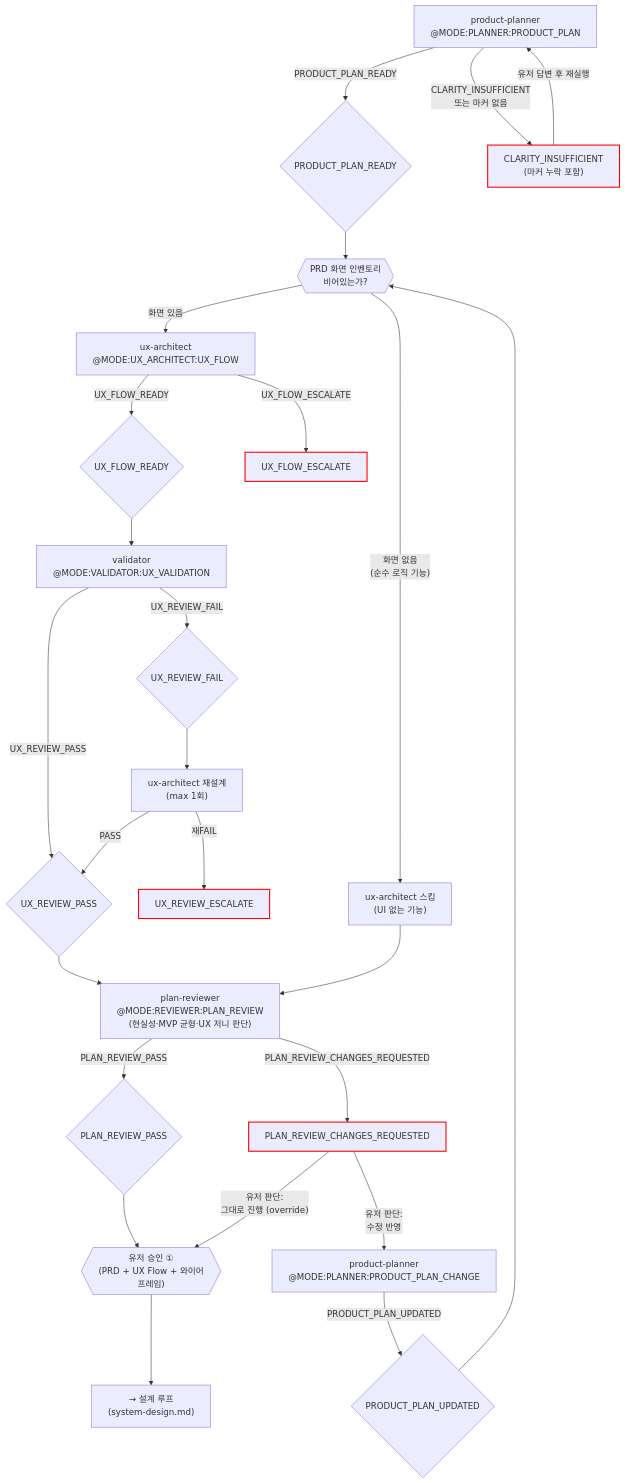
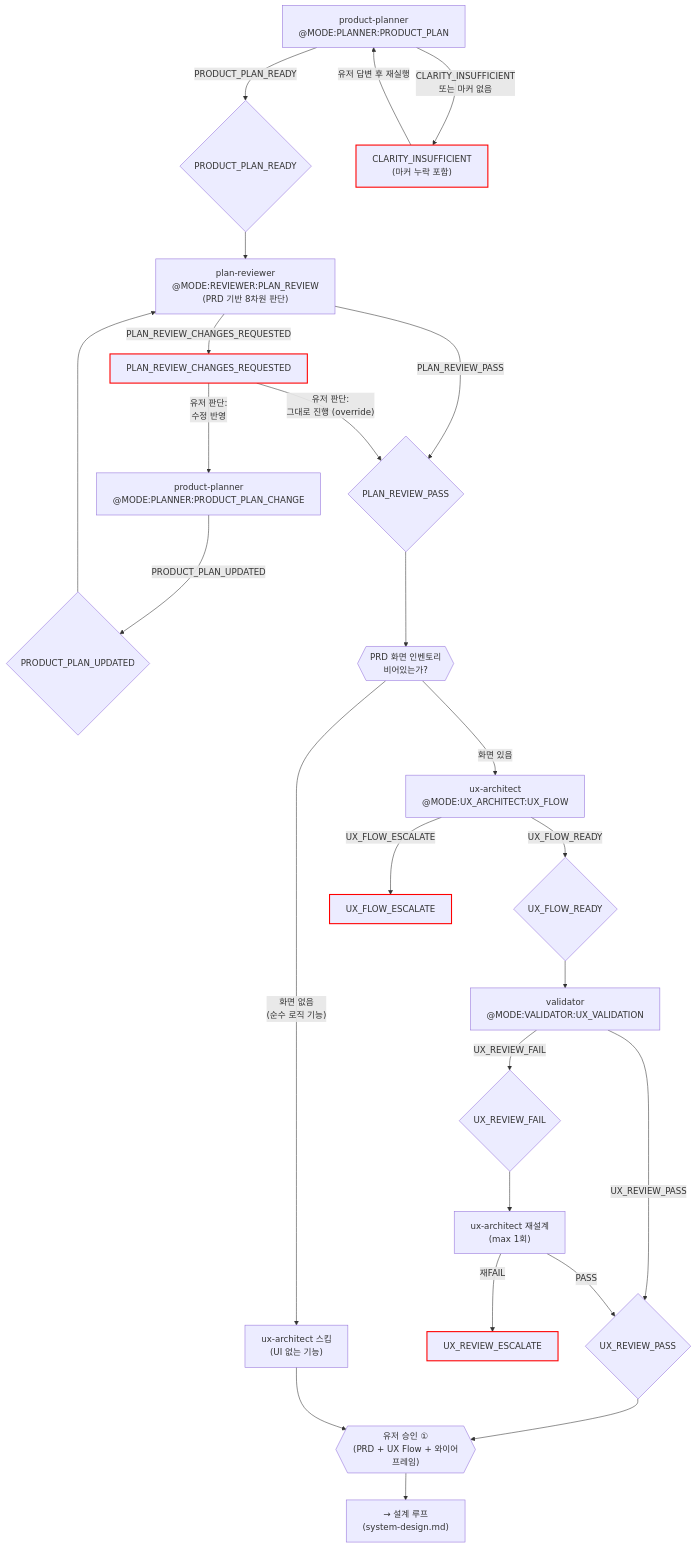
Before and after one commit to alruminum/ClaudeCodeAgentPrompt: the diagram in orchestration/plan.md, drawn with Mermaid. The commit also changed other lines of this file and 6 other files, not shown here.

First line of the commit message:
refactor(plan): plan-reviewer를 ux-architect 뒤 → 앞으로 이동

````diff
--- a/orchestration/plan.md
+++ b/orchestration/plan.md
@@ -10,66 +10,66 @@
 ```mermaid
 flowchart TD
     PP_NEW["product-planner\n@MODE:PLANNER:PRODUCT_PLAN"]
     PP_CHG["product-planner\n@MODE:PLANNER:PRODUCT_PLAN_CHANGE"]
 
     PPR{"PRODUCT_PLAN_READY"}
     PPU{"PRODUCT_PLAN_UPDATED"}
     CI["CLARITY_INSUFFICIENT\n(마커 누락 포함)"]:::escalation
 
     UI_CHECK{{"PRD 화면 인벤토리\n비어있는가?"}}
 
     UXA["ux-architect\n@MODE:UX_ARCHITECT:UX_FLOW"]
     UFR{"UX_FLOW_READY"}
     UFE["UX_FLOW_ESCALATE"]:::escalation
 
     VAL_UX["validator\n@MODE:VALIDATOR:UX_VALIDATION"]
     URP{"UX_REVIEW_PASS"}
     URF{"UX_REVIEW_FAIL"}
     UXA_REDO["ux-architect 재설계\n(max 1회)"]
     URE["UX_REVIEW_ESCALATE"]:::escalation
 
-    PREV["plan-reviewer\n@MODE:REVIEWER:PLAN_REVIEW\n(현실성·MVP 균형·UX 저니 판단)"]
+    PREV["plan-reviewer\n@MODE:REVIEWER:PLAN_REVIEW\n(PRD 기반 8차원 판단)"]
     PRP{"PLAN_REVIEW_PASS"}
     PRCR["PLAN_REVIEW_CHANGES_REQUESTED"]:::escalation
 
     USER_APPROVE_1{{"유저 승인 ①\n(PRD + UX Flow + 와이어프레임)"}}
     NEXT["→ 설계 루프\n(system-design.md)"]
     SKIP_UX["ux-architect 스킵\n(UI 없는 기능)"]
 
     PP_NEW -->|"PRODUCT_PLAN_READY"| PPR
     PP_NEW -->|"CLARITY_INSUFFICIENT\n또는 마커 없음"| CI
     PP_CHG -->|"PRODUCT_PLAN_UPDATED"| PPU
 
     CI -->|"유저 답변 후 재실행"| PP_NEW
 
-    PPR --> UI_CHECK
-    PPU --> UI_CHECK
+    PPR --> PREV
+    PPU --> PREV
+
+    PREV -->|"PLAN_REVIEW_PASS"| PRP
+    PREV -->|"PLAN_REVIEW_CHANGES_REQUESTED"| PRCR
+
+    PRCR -->|"유저 판단:\n수정 반영"| PP_CHG
+    PRCR -->|"유저 판단:\n그대로 진행 (override)"| PRP
+
+    PRP --> UI_CHECK
 
     UI_CHECK -->|"화면 있음"| UXA
     UI_CHECK -->|"화면 없음\n(순수 로직 기능)"| SKIP_UX
 
     UXA -->|"UX_FLOW_READY"| UFR
     UXA -->|"UX_FLOW_ESCALATE"| UFE
 
     UFR --> VAL_UX
     VAL_UX -->|"UX_REVIEW_PASS"| URP
     VAL_UX -->|"UX_REVIEW_FAIL"| URF
 
     URF --> UXA_REDO
     UXA_REDO -->|재FAIL| URE
     UXA_REDO -->|PASS| URP
 
-    URP --> PREV
-    SKIP_UX --> PREV
-
-    PREV -->|"PLAN_REVIEW_PASS"| PRP
-    PREV -->|"PLAN_REVIEW_CHANGES_REQUESTED"| PRCR
-
-    PRP --> USER_APPROVE_1
-    PRCR -->|"유저 판단:\n수정 반영"| PP_CHG
-    PRCR -->|"유저 판단:\n그대로 진행 (override)"| USER_APPROVE_1
-
+    URP --> USER_APPROVE_1
+    SKIP_UX --> USER_APPROVE_1
     USER_APPROVE_1 --> NEXT
 
     classDef escalation stroke:#f00,stroke-width:2px
 ```
````
